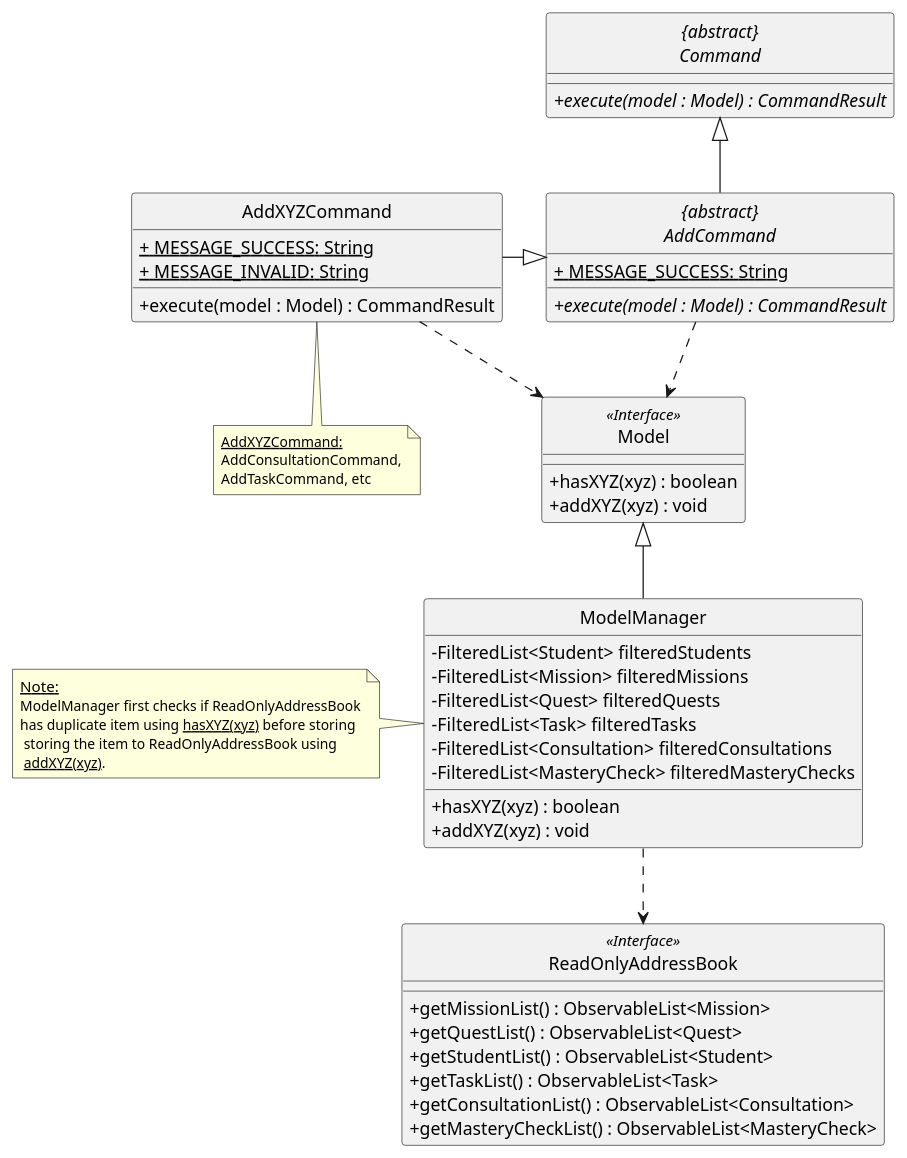
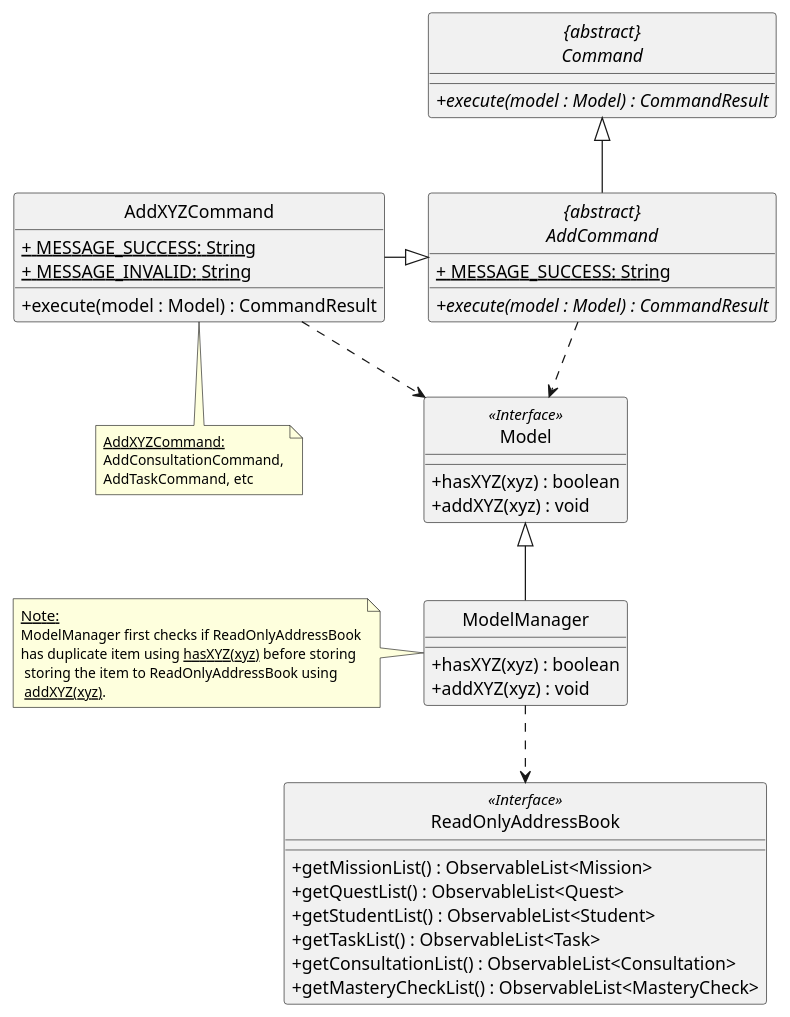
The diagram in docs/diagrams/AddCommandClassDiagram.puml (wireseo/tp), drawn with PlantUML before and after one commit. The commit also changed 2 other files, not shown here.

Commit message:
Update dg diagram

```diff
--- a/docs/diagrams/AddCommandClassDiagram.puml
+++ b/docs/diagrams/AddCommandClassDiagram.puml
@@ -1,82 +1,74 @@
 @startuml
 skinparam backgroundColor #ffffff
 skinparam classAttributeIconSize 0
 hide circle
 
 class AddXYZCommand {
     /' Attributes '/
     <u>+ MESSAGE_SUCCESS: String
     <u>+ MESSAGE_INVALID: String
 
     /' Methods '/
     + execute(model : Model) : CommandResult
 }
 
 abstract class "{abstract}\nCommand" {
     + {abstract} execute(model : Model) : CommandResult
 }
 
 class Model <<Interface>> {
     /' Methods '/
     + hasXYZ(xyz) : boolean
     + addXYZ(xyz) : void
 }
 
 class ModelManager {
-    /' Attributes '/
-    - FilteredList<Student> filteredStudents
-    - FilteredList<Mission> filteredMissions
-    - FilteredList<Quest> filteredQuests
-    - FilteredList<Task> filteredTasks
-    - FilteredList<Consultation> filteredConsultations
-    - FilteredList<MasteryCheck> filteredMasteryChecks
-
     /' Methods '/
     + hasXYZ(xyz) : boolean
     + addXYZ(xyz) : void
 }
 
 class ReadOnlyAddressBook <<Interface>> {
     + getMissionList() : ObservableList<Mission>
     + getQuestList() : ObservableList<Quest>
     + getStudentList() : ObservableList<Student>
     + getTaskList() : ObservableList<Task>
     + getConsultationList() : ObservableList<Consultation>
     + getMasteryCheckList() : ObservableList<MasteryCheck>
 }
 
 abstract class "{abstract}\nAddCommand"{
     /' Attributes '/
     <u>+ MESSAGE_SUCCESS: String
     /' Methods '/
     + {abstract} execute(model : Model) : CommandResult
 }
 
 "{abstract}\nAddCommand" -up-|> "{abstract}\nCommand"
 
 "{abstract}\nAddCommand" .down.> Model
 
 AddXYZCommand -right-|> "{abstract}\nAddCommand"
 AddXYZCommand ..> Model
 
 ModelManager -up-|> Model
 ModelManager .down.> ReadOnlyAddressBook
 
 note as N1
   <size: 12><u>Note:</u>
   <size: 11>ModelManager first checks if ReadOnlyAddressBook
   <size: 11>has duplicate item using <u>hasXYZ(xyz)</u> before storing
   <size: 11> storing the item to ReadOnlyAddressBook using
   <size: 11> <u>addXYZ(xyz)</u>.
 end note
 
 note as N2
     <size: 11><u>AddXYZCommand:</u>
     <size: 11>AddConsultationCommand,
     <size: 11>AddTaskCommand, etc
 end note
 
 N1 .right. ModelManager
 N2 .up. AddXYZCommand
 
 @enduml
```
